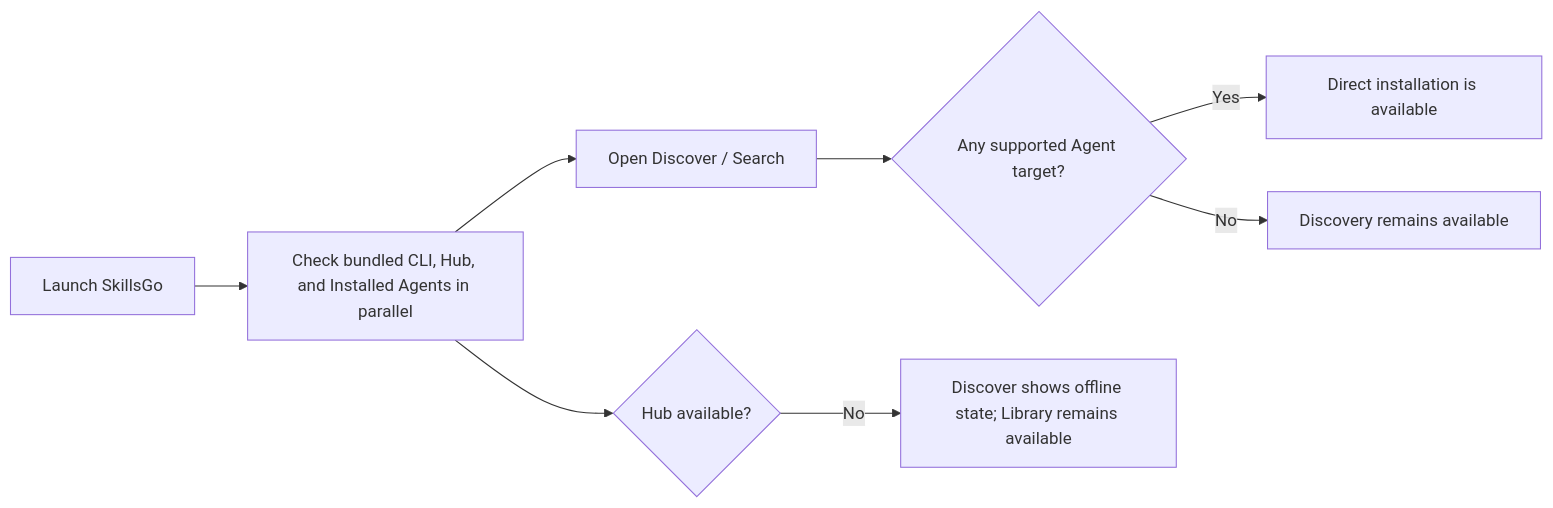
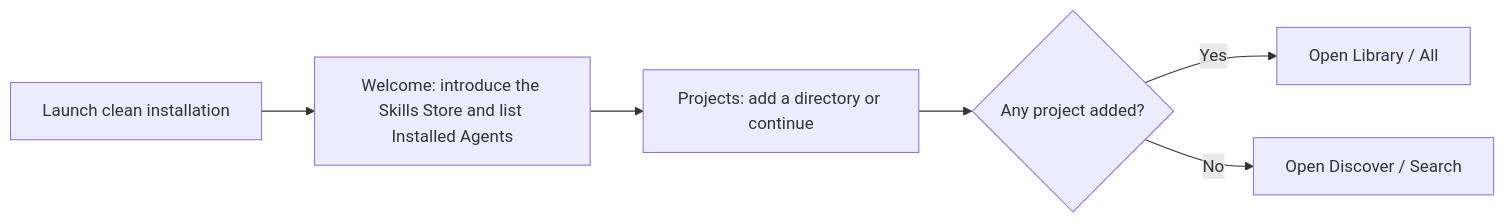
The diagram in app/docs/user-routes.md (skillsgo/skillsgo), drawn with Mermaid before and after one commit. The commit also changed other lines of this file and 71 other files, not shown here.

Commit message:
feat(app): add onboarding and project-aware library

````diff
--- a/app/docs/user-routes.md
+++ b/app/docs/user-routes.md
@@ -81,10 +77,8 @@
 ```mermaid
 flowchart LR
-    A["Launch SkillsGo"] --> B["Check bundled CLI, Hub, and Installed Agents in parallel"]
-    B --> C["Open Discover / Search"]
-    C --> D{"Any supported Agent target?"}
-    D -->|Yes| E["Direct installation is available"]
-    D -->|No| F["Discovery remains available"]
-    B --> G{"Hub available?"}
-    G -->|No| H["Discover shows offline state; Library remains available"]
+    A["Launch clean installation"] --> B["Welcome: introduce the Skills Store and list Installed Agents"]
+    B --> C["Projects: add a directory or continue"]
+    C --> D{"Any project added?"}
+    D -->|Yes| E["Open Library / All"]
+    D -->|No| F["Open Discover / Search"]
 ```
````
